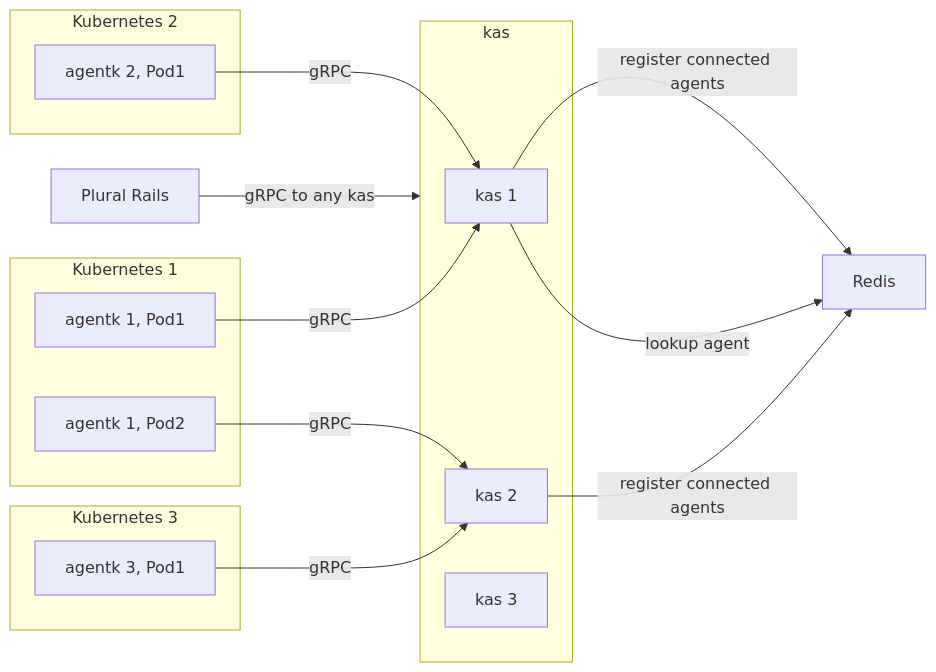
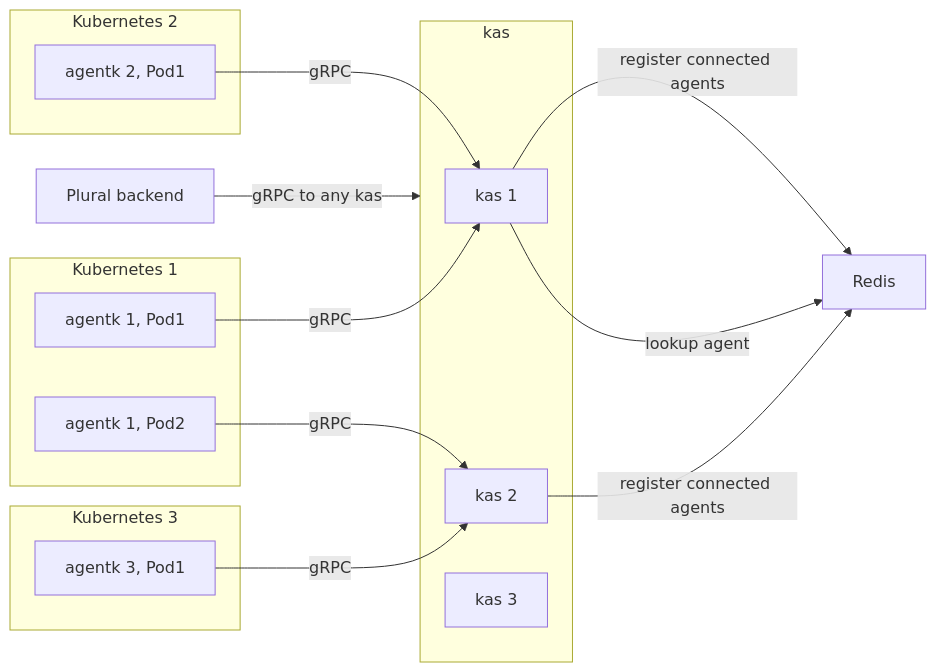
One commit to pluralsh/kubernetes-agent changed the first of 4 diagrams in doc/kas_request_routing.md. Above: the diagram before and after it, drawn with Mermaid. The commit also changed other lines of this file and 39 other files, not shown here.

````diff
--- a/doc/kas_request_routing.md
+++ b/doc/kas_request_routing.md
@@ -25,34 +24,34 @@
 ```mermaid
 flowchart LR
   subgraph "Kubernetes 1"
     agentk1p1["agentk 1, Pod1"]
     agentk1p2["agentk 1, Pod2"]
   end
 
   subgraph "Kubernetes 2"
     agentk2p1["agentk 2, Pod1"]
   end
 
   subgraph "Kubernetes 3"
     agentk3p1["agentk 3, Pod1"]
   end
 
   subgraph kas
     kas1["kas 1"]
     kas2["kas 2"]
     kas3["kas 3"]
   end
 
-  Plural["Plural Rails"]
+  Plural["Plural backend"]
   Redis
 
   Plural -- "gRPC to any kas" --> kas
   kas1 -- register connected agents --> Redis
   kas2 -- register connected agents --> Redis
   kas1 -- lookup agent --> Redis
 
   agentk1p1 -- "gRPC" --> kas1
   agentk1p2 -- "gRPC" --> kas2
   agentk2p1 -- "gRPC" --> kas1
   agentk3p1 -- "gRPC" --> kas2
 ```
````
